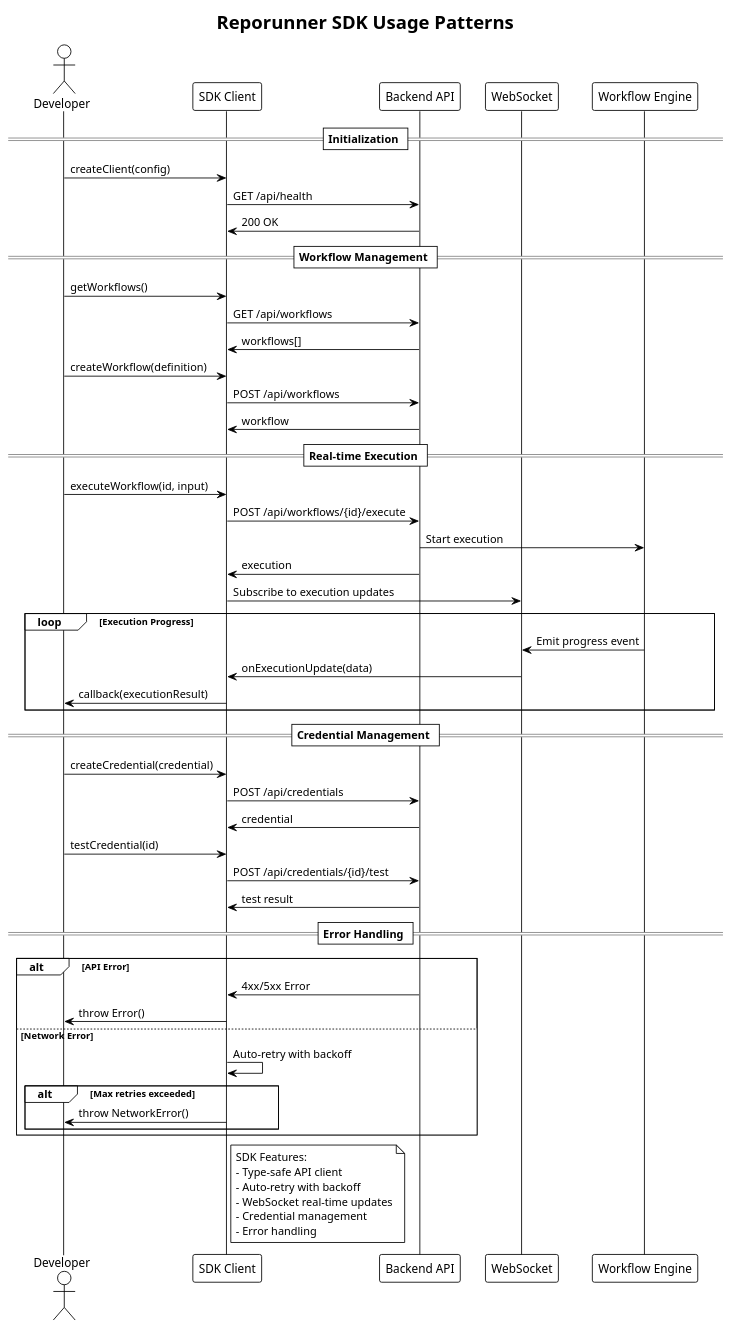
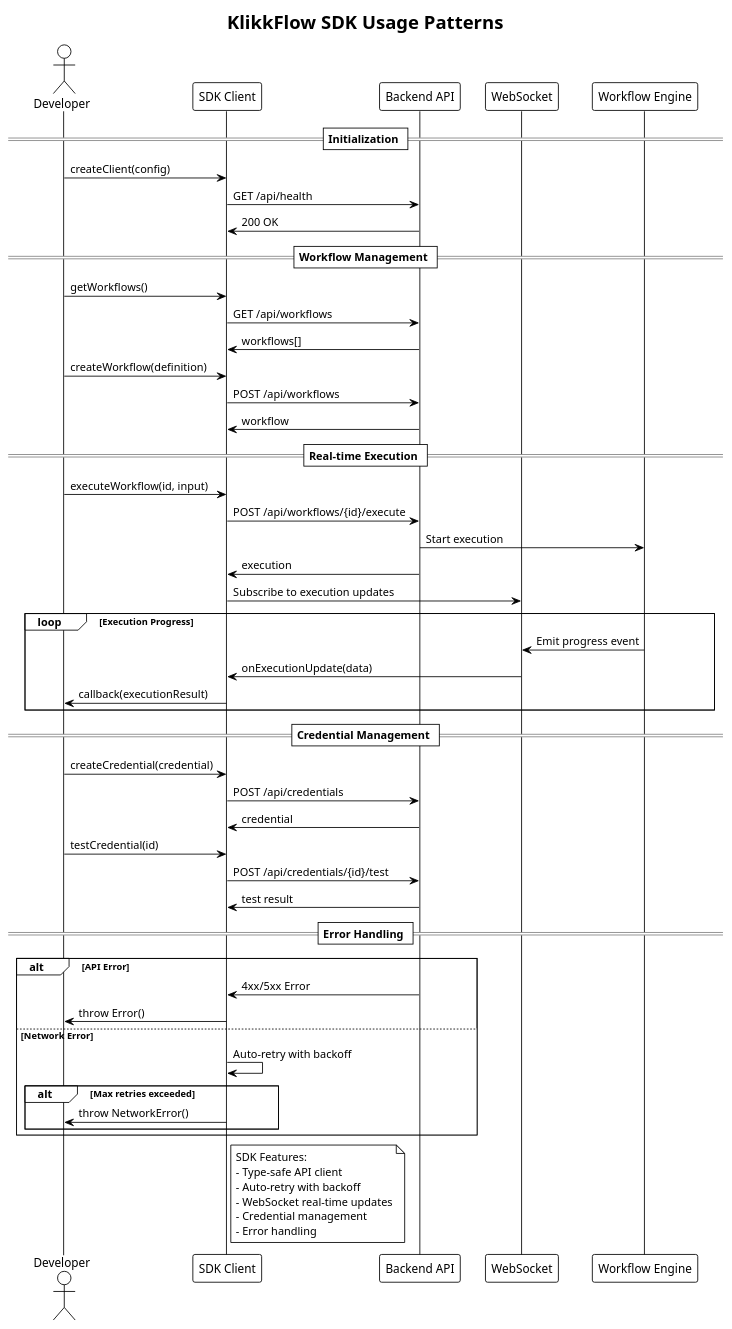
One commit to KlikkAI/reporunner changed the diagram in docs/project-planning/diagrams/api/sdk-integration.puml. Above: the diagram before and after it, drawn with PlantUML. The commit also changed 532 other files, not shown here.

First line of the commit message:
docs: rebrand from Reporunner/KlikkAI to KlikkFlow

```diff
--- a/docs/project-planning/diagrams/api/sdk-integration.puml
+++ b/docs/project-planning/diagrams/api/sdk-integration.puml
@@ -1,67 +1,67 @@
 @startuml SDK Integration
 !theme plain
-title Reporunner SDK Usage Patterns
+title KlikkFlow SDK Usage Patterns
 
 actor Developer as dev
 participant "SDK Client" as sdk
 participant "Backend API" as api
 participant "WebSocket" as ws
 participant "Workflow Engine" as engine
 
 == Initialization ==
 dev -> sdk: createClient(config)
 sdk -> api: GET /api/health
 api -> sdk: 200 OK
 
 == Workflow Management ==
 dev -> sdk: getWorkflows()
 sdk -> api: GET /api/workflows
 api -> sdk: workflows[]
 
 dev -> sdk: createWorkflow(definition)
 sdk -> api: POST /api/workflows
 api -> sdk: workflow
 
 == Real-time Execution ==
 dev -> sdk: executeWorkflow(id, input)
 sdk -> api: POST /api/workflows/{id}/execute
 api -> engine: Start execution
 api -> sdk: execution
 
 sdk -> ws: Subscribe to execution updates
 loop Execution Progress
   engine -> ws: Emit progress event
   ws -> sdk: onExecutionUpdate(data)
   sdk -> dev: callback(executionResult)
 end
 
 == Credential Management ==
 dev -> sdk: createCredential(credential)
 sdk -> api: POST /api/credentials
 api -> sdk: credential
 
 dev -> sdk: testCredential(id)
 sdk -> api: POST /api/credentials/{id}/test
 api -> sdk: test result
 
 == Error Handling ==
 alt API Error
   api -> sdk: 4xx/5xx Error
   sdk -> dev: throw Error()
 else Network Error
   sdk -> sdk: Auto-retry with backoff
   alt Max retries exceeded
     sdk -> dev: throw NetworkError()
   end
 end
 
 note right of sdk
   SDK Features:
   - Type-safe API client
   - Auto-retry with backoff
   - WebSocket real-time updates
   - Credential management
   - Error handling
 end note
 
 @enduml
```
